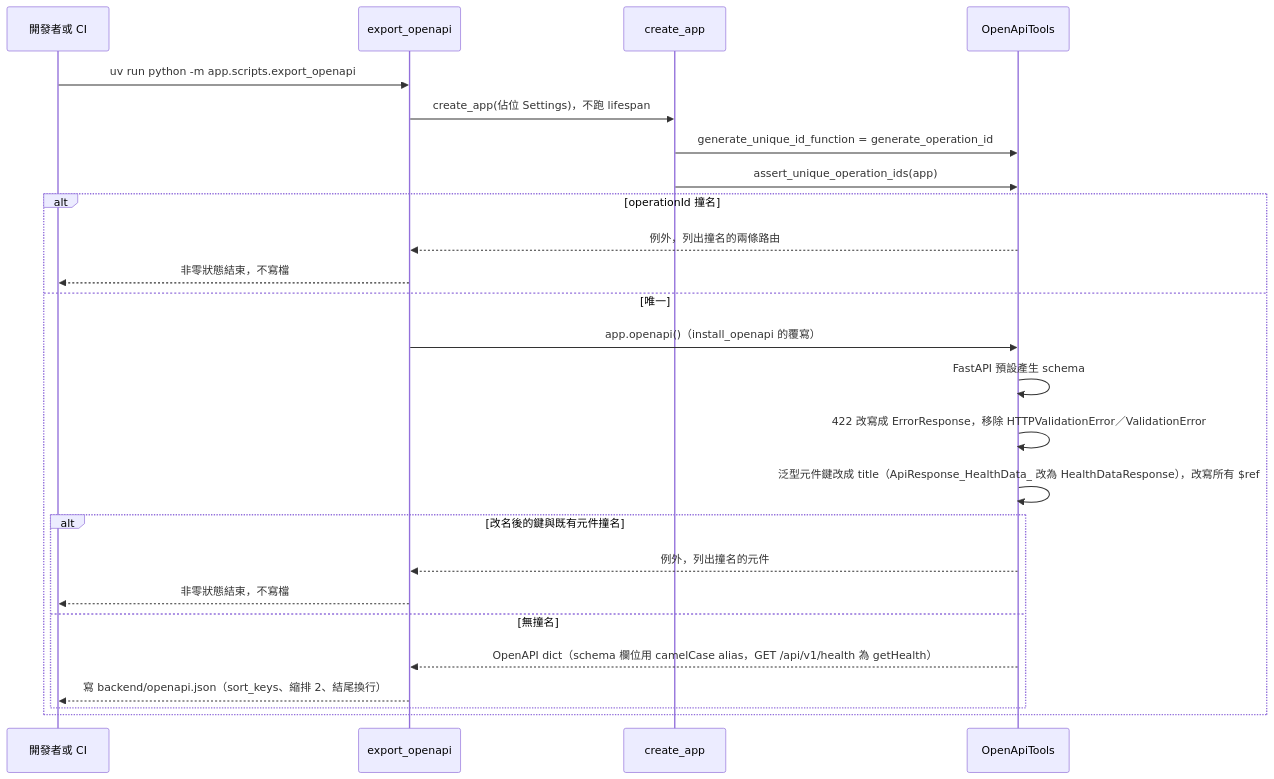
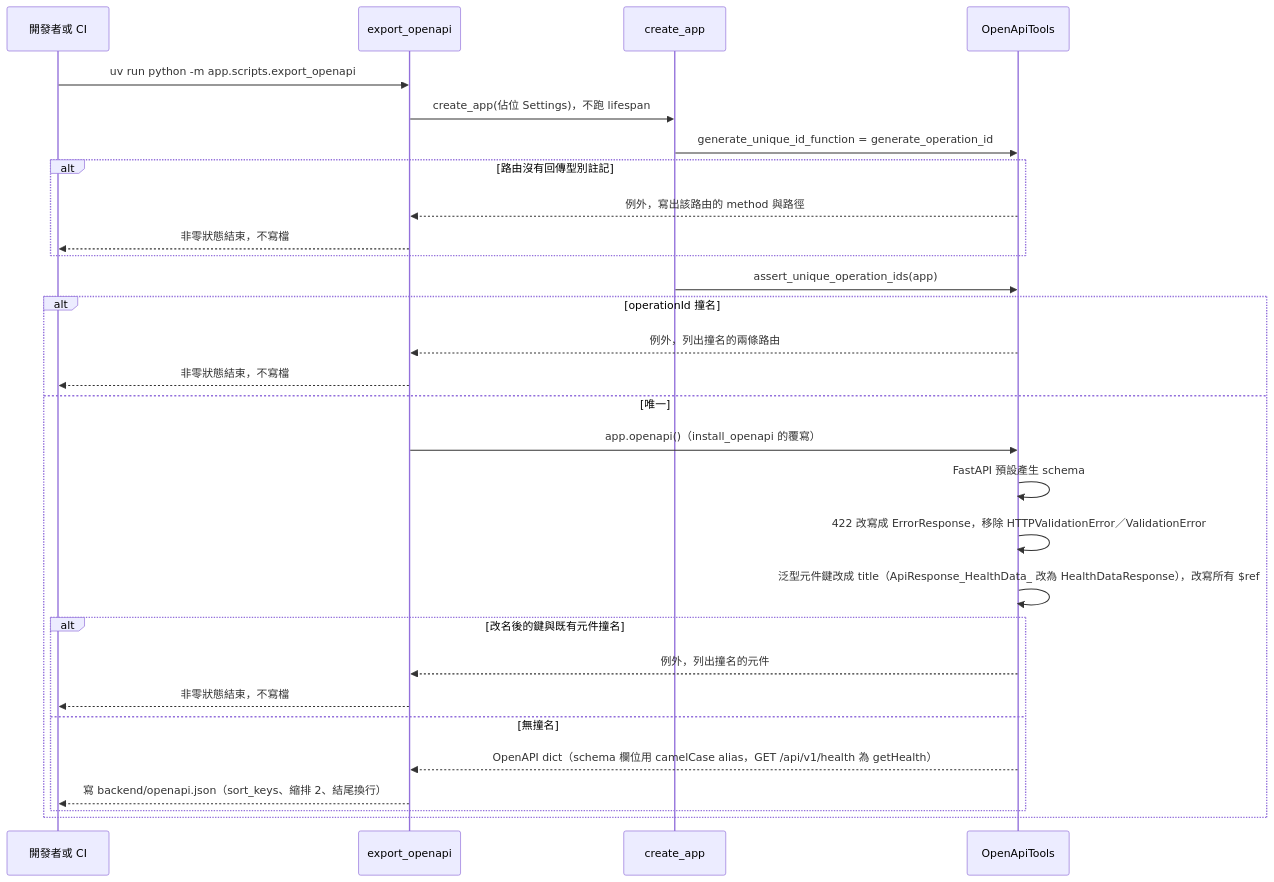
One commit to label-suite/label-suite changed the ninth of 10 diagrams in openspec/changes/backend-skeleton/system-design.md. Above: the diagram before and after it, drawn with Mermaid. The commit also changed other lines of this file and 3 other files, not shown here.

````diff
--- a/openspec/changes/backend-skeleton/system-design.md
+++ b/openspec/changes/backend-skeleton/system-design.md
@@ -582,27 +585,31 @@
 ```mermaid
 sequenceDiagram
   participant Dev as 開發者或 CI
   participant Script as export_openapi
   participant Factory as create_app
   participant OA as OpenApiTools
   Dev->>Script: uv run python -m app.scripts.export_openapi
   Script->>Factory: create_app(佔位 Settings)，不跑 lifespan
   Factory->>OA: generate_unique_id_function = generate_operation_id
+  alt 路由沒有回傳型別註記
+    OA-->>Script: 例外，寫出該路由的 method 與路徑
+    Script-->>Dev: 非零狀態結束，不寫檔
+  end
   Factory->>OA: assert_unique_operation_ids(app)
   alt operationId 撞名
     OA-->>Script: 例外，列出撞名的兩條路由
     Script-->>Dev: 非零狀態結束，不寫檔
   else 唯一
     Script->>OA: app.openapi()（install_openapi 的覆寫）
     OA->>OA: FastAPI 預設產生 schema
     OA->>OA: 422 改寫成 ErrorResponse，移除 HTTPValidationError／ValidationError
     OA->>OA: 泛型元件鍵改成 title（ApiResponse_HealthData_ 改為 HealthDataResponse），改寫所有 $ref
     alt 改名後的鍵與既有元件撞名
       OA-->>Script: 例外，列出撞名的元件
       Script-->>Dev: 非零狀態結束，不寫檔
     else 無撞名
       OA-->>Script: OpenAPI dict（schema 欄位用 camelCase alias，GET /api/v1/health 為 getHealth）
       Script-->>Dev: 寫 backend/openapi.json（sort_keys、縮排 2、結尾換行）
     end
   end
 ```
````
